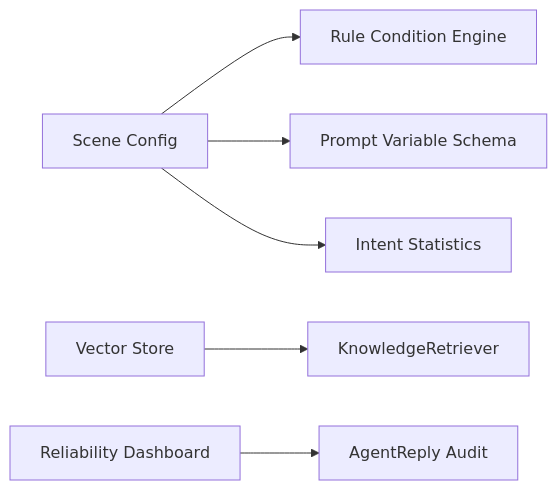
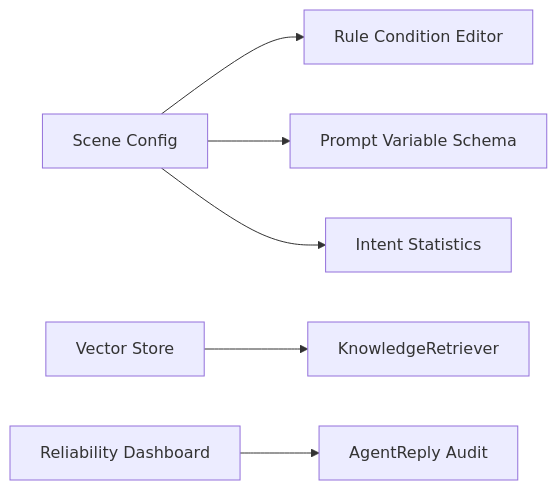
One commit to anjing-le/agent-customer-service changed the second of 2 diagrams in project_document/DOMAIN_MODEL.md. Above: the diagram before and after it, drawn with Mermaid. The commit also changed other lines of this file and 11 other files, not shown here.

Commit message:
feat: support rule condition expressions

````diff
--- a/project_document/DOMAIN_MODEL.md
+++ b/project_document/DOMAIN_MODEL.md
@@ -68,8 +92,8 @@
 ```mermaid
 flowchart LR
-    A["Scene Config"] --> B["Rule Condition Engine"]
+    A["Scene Config"] --> B["Rule Condition Editor"]
     A --> C["Prompt Variable Schema"]
     A --> D["Intent Statistics"]
     E["Vector Store"] --> F["KnowledgeRetriever"]
     G["Reliability Dashboard"] --> H["AgentReply Audit"]
 ```
````
